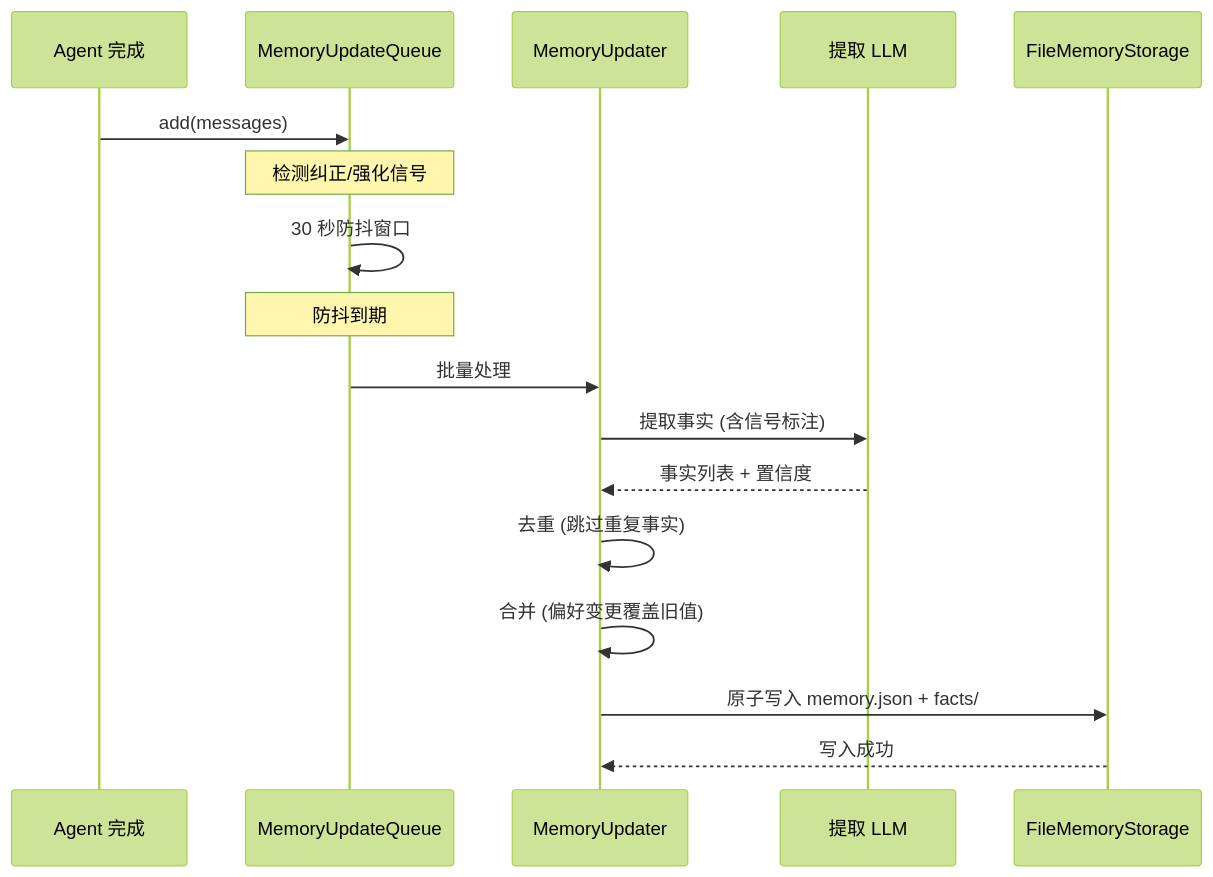
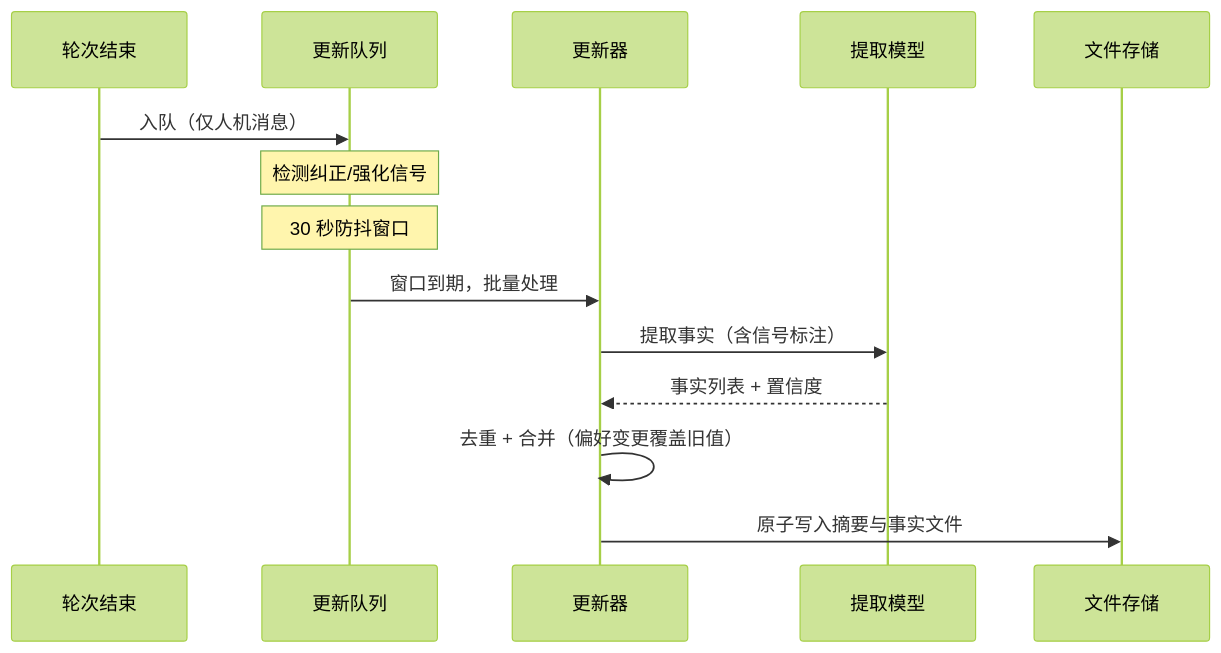
The second of 4 diagrams in docs/deer-flow/06-memory.md (MKEy777/agent), drawn with Mermaid (forest theme) before and after one commit. The commit also changed other lines of this file and 114 other files, not shown here.

First line of the commit message:
Add comprehensive documentation for Agent architecture and protocols

````diff
--- a/docs/deer-flow/06-memory.md
+++ b/docs/deer-flow/06-memory.md
@@ -30,22 +44,16 @@
 ```mermaid
 sequenceDiagram
-    participant Agent as Agent 完成
-    participant Queue as MemoryUpdateQueue
-    participant Updater as MemoryUpdater
-    participant LLM as 提取 LLM
-    participant Storage as FileMemoryStorage
-
-    Agent->>Queue: add(messages)
-    Note over Queue: 检测纠正/强化信号
-    Queue->>Queue: 30 秒防抖窗口
-    
-    Note over Queue: 防抖到期
-    Queue->>Updater: 批量处理
-    Updater->>LLM: 提取事实 (含信号标注)
-    LLM-->>Updater: 事实列表 + 置信度
-    
-    Updater->>Updater: 去重 (跳过重复事实)
-    Updater->>Updater: 合并 (偏好变更覆盖旧值)
-    Updater->>Storage: 原子写入 memory.json + facts/
-    Storage-->>Updater: 写入成功
+    participant A as 轮次结束
+    participant Q as 更新队列
+    participant U as 更新器
+    participant L as 提取模型
+    participant S as 文件存储
+    A->>Q: 入队（仅人机消息）
+    Note over Q: 检测纠正/强化信号
+    Note over Q: 30 秒防抖窗口
+    Q->>U: 窗口到期，批量处理
+    U->>L: 提取事实（含信号标注）
+    L-->>U: 事实列表 + 置信度
+    U->>U: 去重 + 合并（偏好变更覆盖旧值）
+    U->>S: 原子写入摘要与事实文件
 ```
````
